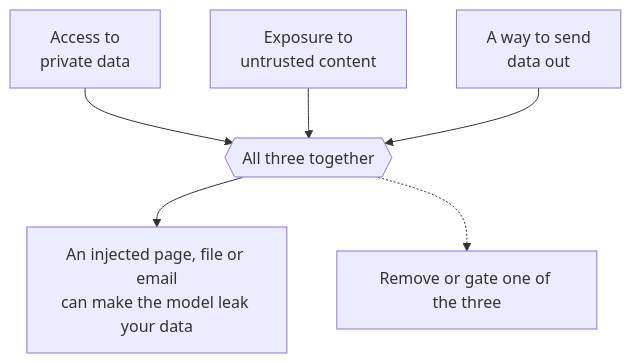
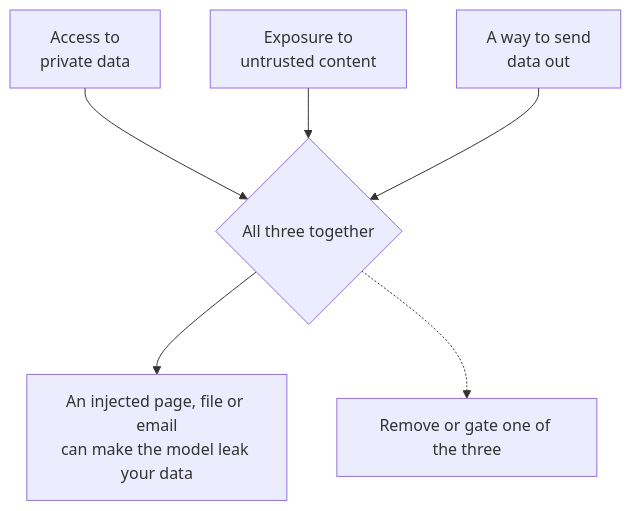
The second of 3 diagrams in README.md (aredwan-xyz/cybersec-roadmap), drawn with Mermaid before and after one commit. The commit also changed 7 other files, not shown here.

````diff
--- a/README.md
+++ b/README.md
@@ -41,8 +41,8 @@
 ```mermaid
 flowchart TB
     A["Access to<br/>private data"] --> X
     B["Exposure to<br/>untrusted content"] --> X
     C["A way to send<br/>data out"] --> X
-    X{{"All three together"}} --> Y["An injected page, file or email<br/>can make the model leak your data"]
+    X{"All three together"} --> Y["An injected page, file or email<br/>can make the model leak your data"]
     X -.-> Z["Remove or gate one of the three"]
 ```
````
